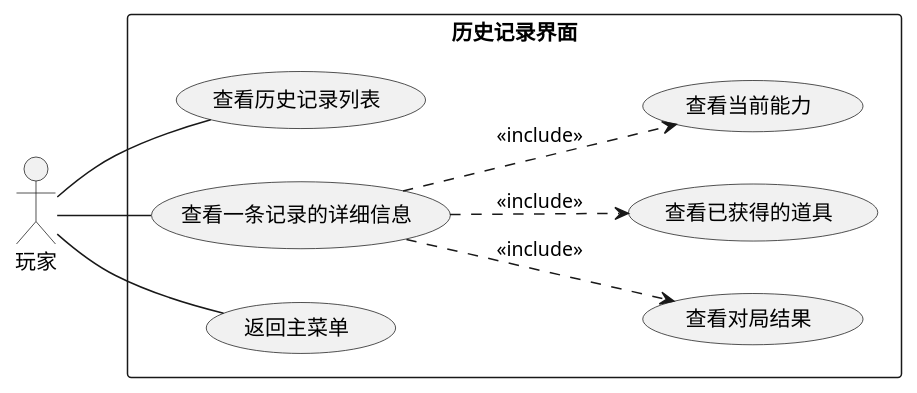
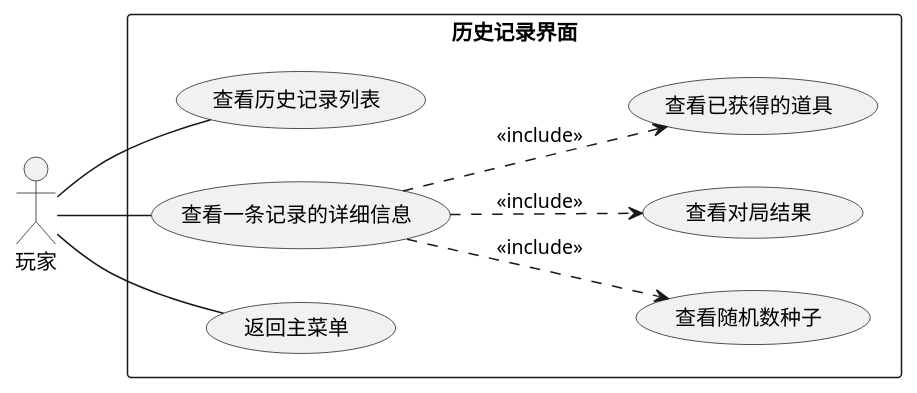
One commit to SnekTech/mine-sweeper-rogue-lib changed the diagram in SnekPlugin/Diagrams/UseCase/history.puml. Above: the diagram before and after it, drawn with PlantUML. The commit also changed 1 other file, not shown here.

Commit message:
update some diagrams

```diff
--- a/SnekPlugin/Diagrams/UseCase/history.puml
+++ b/SnekPlugin/Diagrams/UseCase/history.puml
@@ -1,27 +1,27 @@
 @startuml
 left to right direction
 
 actor "玩家" as p1
 
 rectangle 历史记录界面 {
     usecase check_records_list as "查看历史记录列表"
     
     usecase check_record_detail as "查看一条记录的详细信息"
     
-'    usecase check_seed as "查看随机数种子"
+    usecase check_seed as "查看随机数种子"
     usecase check_result as "查看对局结果"
     usecase check_items as "查看已获得的道具"
-    usecase check_ability as "查看当前能力"
+'    usecase check_ability as "查看当前能力"
     usecase return_to_main_menu as "返回主菜单"
     
-'    check_record_detail ..> check_seed : <<include>>
+    check_record_detail ..> check_seed : <<include>>
     check_record_detail ..> check_result : <<include>>
     check_record_detail ..> check_items : <<include>>
-    check_record_detail ..> check_ability : <<include>>
+'    check_record_detail ..> check_ability : <<include>>
 }
 
 p1 -- check_records_list
 p1 -- check_record_detail
 p1 -- return_to_main_menu
 
 @enduml
```
